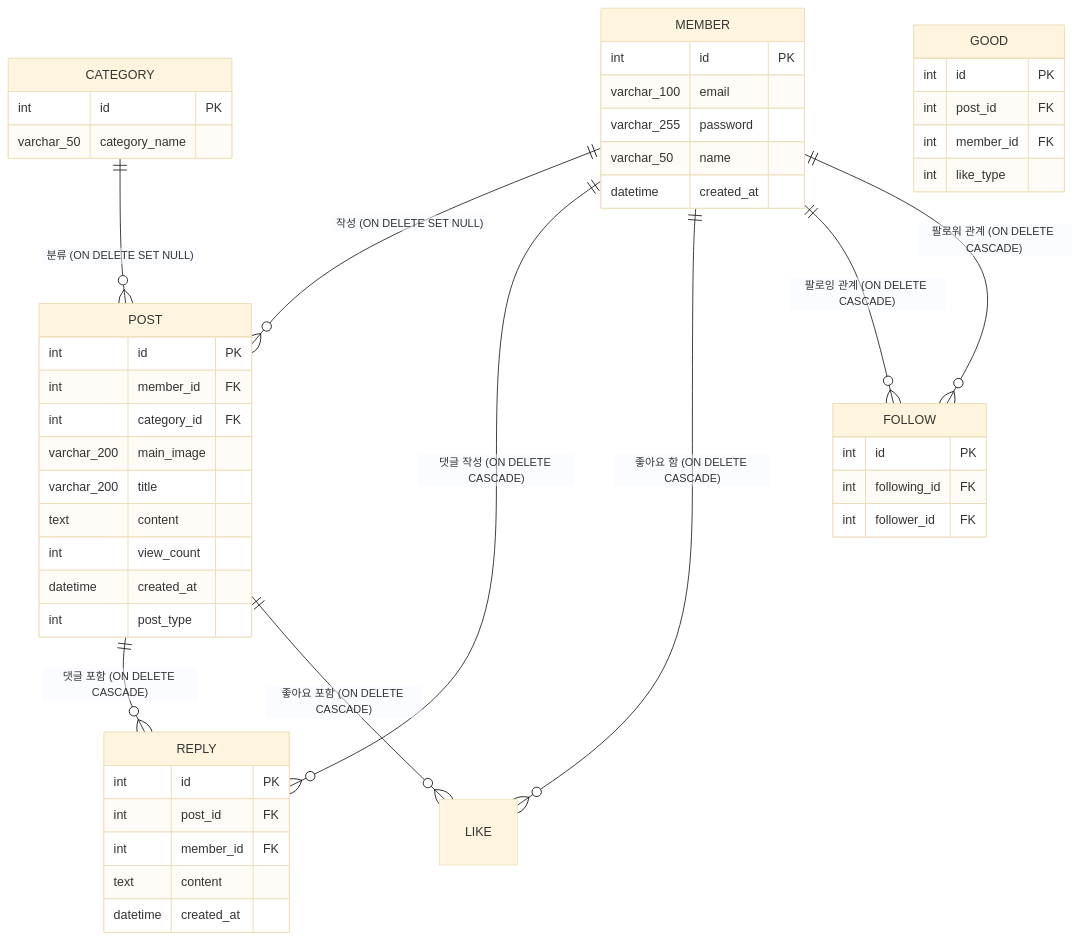
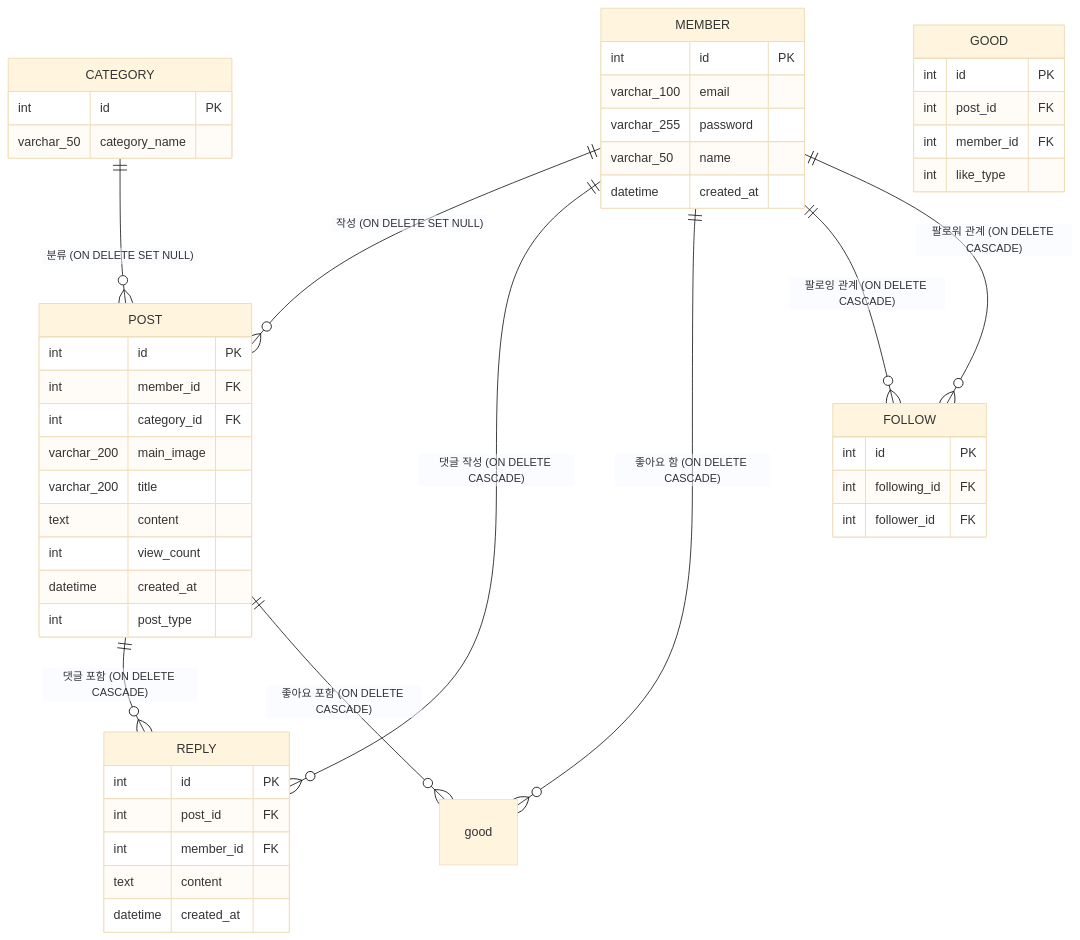
The diagram in docs/02_design/02_erd.md (00-ydh/recipe), drawn with Mermaid (base theme) before and after one commit. The commit also changed 5 other files, not shown here.

````diff
--- a/docs/02_design/02_erd.md
+++ b/docs/02_design/02_erd.md
@@ -13,62 +13,62 @@
 ```mermaid
 erDiagram
     MEMBER ||--o{ POST : "작성 (ON DELETE SET NULL)"
     CATEGORY ||--o{ POST : "분류 (ON DELETE SET NULL)"
     
     POST ||--o{ REPLY : "댓글 포함 (ON DELETE CASCADE)"
     MEMBER ||--o{ REPLY : "댓글 작성 (ON DELETE CASCADE)"
     
-    POST ||--o{ LIKE : "좋아요 포함 (ON DELETE CASCADE)"
-    MEMBER ||--o{ LIKE : "좋아요 함 (ON DELETE CASCADE)"
+    POST ||--o{ good : "좋아요 포함 (ON DELETE CASCADE)"
+    MEMBER ||--o{ good : "좋아요 함 (ON DELETE CASCADE)"
     
     MEMBER ||--o{ FOLLOW : "팔로잉 관계 (ON DELETE CASCADE)"
     MEMBER ||--o{ FOLLOW : "팔로워 관계 (ON DELETE CASCADE)"
     
     
     MEMBER {
         int id PK
         varchar_100 email
         varchar_255 password
         varchar_50 name
         datetime created_at
     }
 
     POST {
         int id PK
         int member_id FK
         int category_id FK
         varchar_200 main_image
         varchar_200 title
         text content
         int view_count
         datetime created_at
         int post_type
     }
     
     REPLY {
         int id PK
         int post_id FK
         int member_id FK
         text content
         datetime created_at
     }
 
     GOOD {
         int id PK
         int post_id FK
         int member_id FK
         int like_type
     }
 
     CATEGORY {
         int id PK
         varchar_50 category_name
     }
     
     FOLLOW {
         int id PK
         int following_id FK
         int follower_id FK
     }
     
 ```
````
